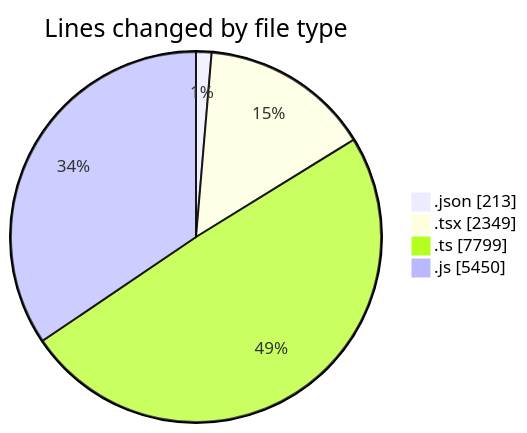
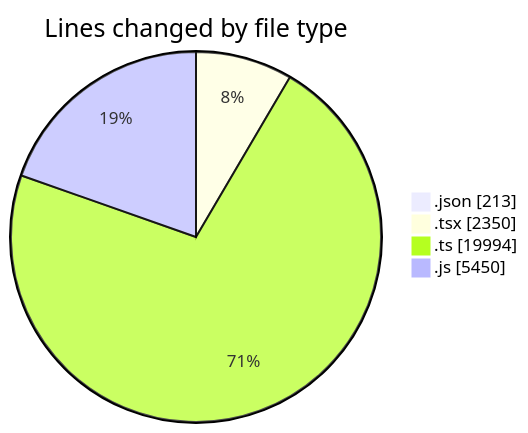
One commit to momahboobian/code-tracking changed the first of 2 diagrams in 2025-07-28/cda/README.md. Above: the diagram before and after it, drawn with Mermaid. The commit also changed other lines of this file and 1 other file, not shown here.

````diff
--- a/2025-07-28/cda/README.md
+++ b/2025-07-28/cda/README.md
@@ -32,8 +33,8 @@
 ```mermaid
 pie showData
 title Lines changed by file type
 ".json" : 213
-".tsx" : 2349
-".ts" : 7799
+".tsx" : 2350
+".ts" : 19994
 ".js" : 5450
 ```
````
